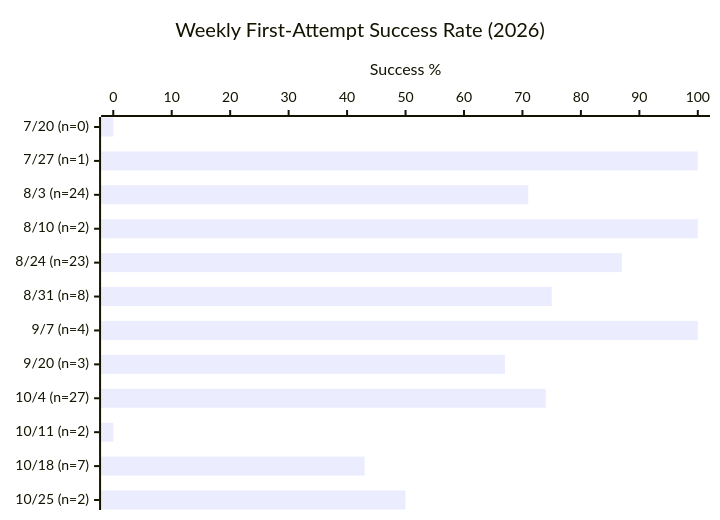
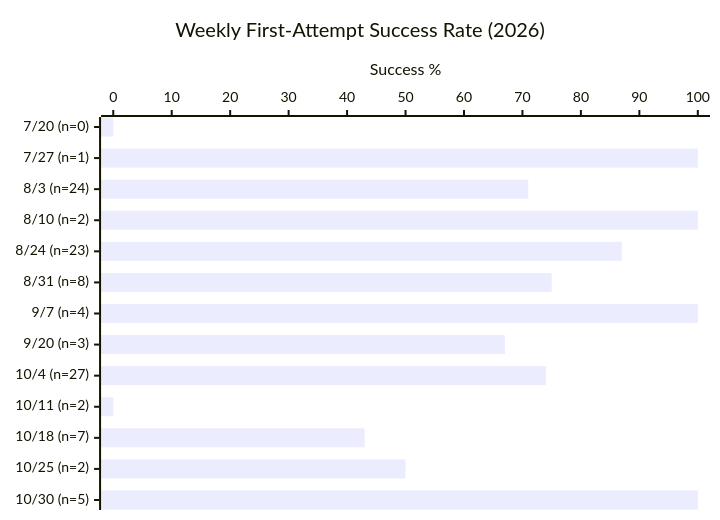
Before and after one commit to Sanctum-Origo-Systems/patina: the first of 3 diagrams in EVAL.md, drawn with Mermaid. The commit also changed other lines of this file and 1 other file, not shown here.

````diff
--- a/EVAL.md
+++ b/EVAL.md
@@ -100,7 +102,7 @@
 ```mermaid
 xychart-beta horizontal
     title "Weekly First-Attempt Success Rate (2026)"
-    x-axis ["7/20 (n=0)", "7/27 (n=1)", "8/3 (n=24)", "8/10 (n=2)", "8/24 (n=23)", "8/31 (n=8)", "9/7 (n=4)", "9/20 (n=3)", "10/4 (n=27)", "10/11 (n=2)", "10/18 (n=7)", "10/25 (n=2)"]
+    x-axis ["7/20 (n=0)", "7/27 (n=1)", "8/3 (n=24)", "8/10 (n=2)", "8/24 (n=23)", "8/31 (n=8)", "9/7 (n=4)", "9/20 (n=3)", "10/4 (n=27)", "10/11 (n=2)", "10/18 (n=7)", "10/25 (n=2)", "10/30 (n=5)"]
     y-axis "Success %" 0 --> 100
-    bar [0, 100, 71, 100, 87, 75, 100, 67, 74, 0, 43, 50]
+    bar [0, 100, 71, 100, 87, 75, 100, 67, 74, 0, 43, 50, 100]
 ```
````
